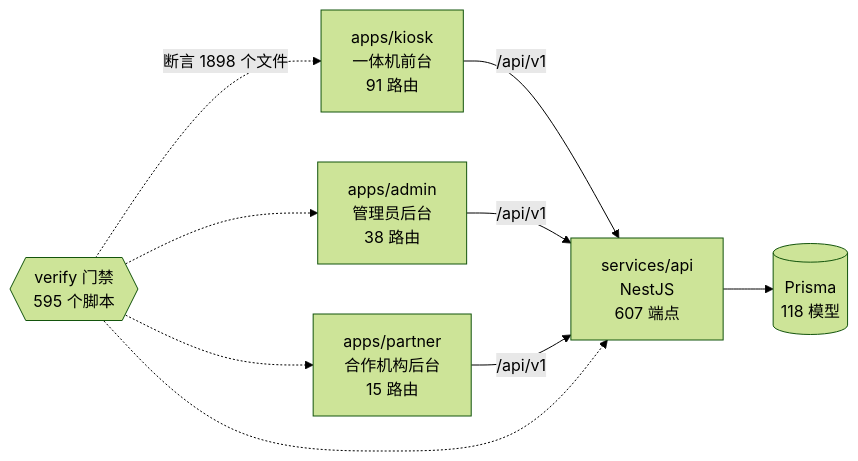
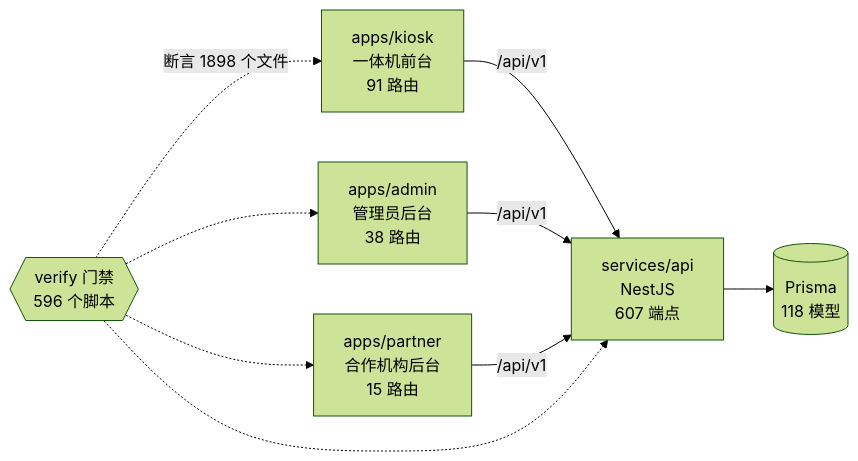
Before and after one commit to wanglei581/YITIJI: the diagram in docs/graph/README.md, drawn with Mermaid (forest theme). The commit also changed other lines of this file and 1 other file, not shown here.

Commit message:
docs(graph): 批量整合后按合并后的代码重出图谱

````diff
--- a/docs/graph/README.md
+++ b/docs/graph/README.md
@@ -68,18 +68,18 @@
 ```mermaid
 flowchart LR
   kiosk["apps/kiosk<br/>一体机前台<br/>91 路由"]
   admin["apps/admin<br/>管理员后台<br/>38 路由"]
   partner["apps/partner<br/>合作机构后台<br/>15 路由"]
   api["services/api<br/>NestJS<br/>607 端点"]
   db[("Prisma<br/>118 模型")]
-  gates{{"verify 门禁<br/>595 个脚本"}}
+  gates{{"verify 门禁<br/>596 个脚本"}}
 
   kiosk -->|"/api/v1"| api
   admin -->|"/api/v1"| api
   partner -->|"/api/v1"| api
   api --> db
   gates -.->|"断言 1898 个文件"| kiosk
   gates -.-> admin
   gates -.-> partner
   gates -.-> api
 ```
````
